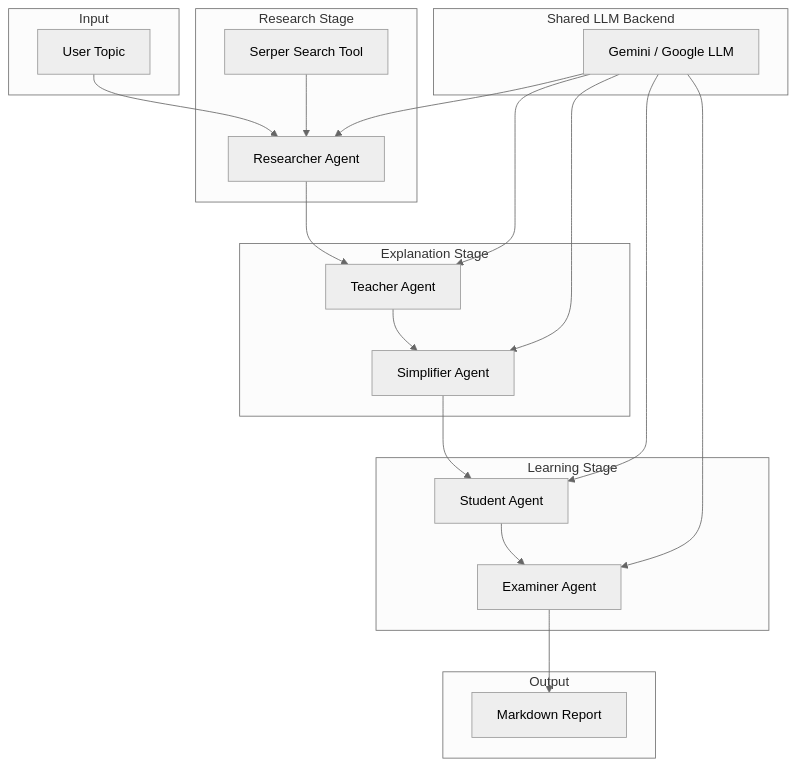
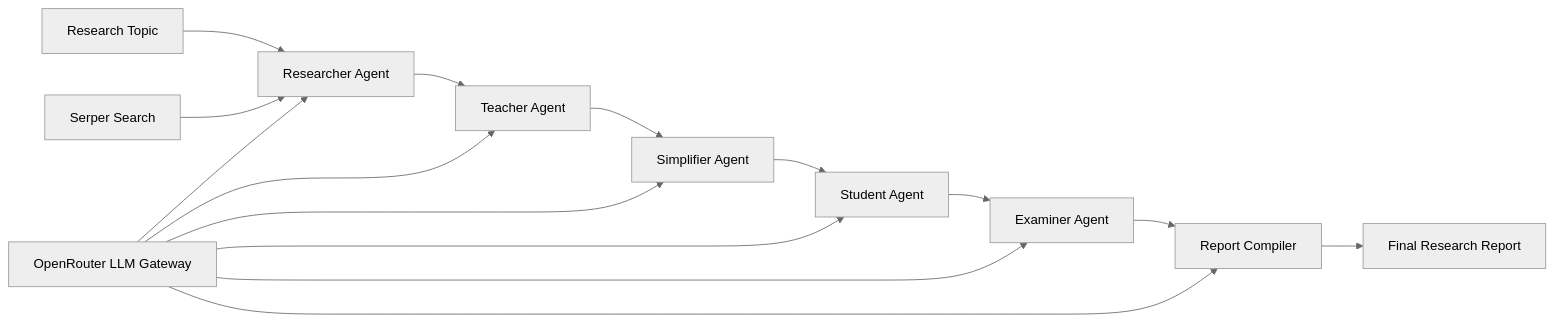
The first of 2 diagrams in README.md (Ram2002-ai/multi-agent-research-assistant), drawn with Mermaid (neutral theme) before and after one commit. The commit also changed other lines of this file and 11 other files, not shown here.

````diff
--- a/README.md
+++ b/README.md
@@ -73,43 +97,18 @@
 ```mermaid
-flowchart TD
-  subgraph Input
-    UserTopic["User Topic"]
-  end
+flowchart LR
+  Topic[Research Topic] --> Researcher[Researcher Agent]
+  Researcher --> Teacher[Teacher Agent]
+  Teacher --> Simplifier[Simplifier Agent]
+  Simplifier --> Student[Student Agent]
+  Student --> Examiner[Examiner Agent]
+  Examiner --> Reporter[Report Compiler]
+  Reporter --> Report[Final Research Report]
 
-  subgraph Stage1 [Research Stage]
-    Researcher["Researcher Agent"]
-    SearchTool["Serper Search Tool"]
-  end
-
-  subgraph Stage2 [Explanation Stage]
-    Teacher["Teacher Agent"]
-    Simplifier["Simplifier Agent"]
-  end
-
-  subgraph Stage3 [Learning Stage]
-    Student["Student Agent"]
-    Examiner["Examiner Agent"]
-  end
-
-  subgraph Output
-    MarkdownReport["Markdown Report"]
-  end
-
-  UserTopic --> Researcher
-  Researcher --> Teacher
-  Teacher --> Simplifier
-  Simplifier --> Student
-  Student --> Examiner
-  Examiner --> MarkdownReport
-
-  SearchTool --> Researcher
-
-  subgraph LLM [Shared LLM Backend]
-    Gemini["Gemini / Google LLM"]
-    Gemini --> Researcher
-    Gemini --> Teacher
-    Gemini --> Simplifier
-    Gemini --> Student
-    Gemini --> Examiner
-  end
+  Search[Serper Search] --> Researcher
+  LLM[OpenRouter LLM Gateway] --> Researcher
+  LLM --> Teacher
+  LLM --> Simplifier
+  LLM --> Student
+  LLM --> Examiner
+  LLM --> Reporter
 ```
````
